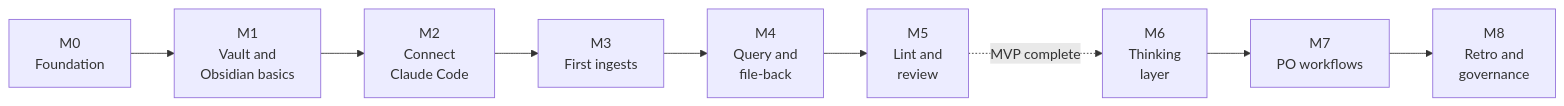
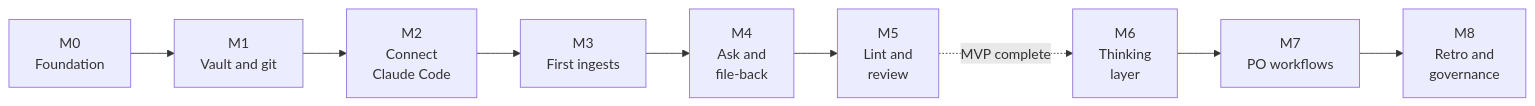
One commit to quocnguyen13/onsidian-claude changed the diagram in 06 Roadmap.md. Above: the diagram before and after it, drawn with Mermaid. The commit also changed other lines of this file and 6 other files, not shown here.

````diff
--- a/06 Roadmap.md
+++ b/06 Roadmap.md
@@ -17,11 +17,11 @@
 ```mermaid
 flowchart LR
-    M0[M0<br/>Foundation] --> M1[M1<br/>Vault and<br/>Obsidian basics]
+    M0[M0<br/>Foundation] --> M1[M1<br/>Vault and git]
     M1 --> M2[M2<br/>Connect<br/>Claude Code]
     M2 --> M3[M3<br/>First ingests]
-    M3 --> M4[M4<br/>Query and<br/>file-back]
+    M3 --> M4[M4<br/>Ask and<br/>file-back]
     M4 --> M5[M5<br/>Lint and<br/>review]
     M5 -.->|MVP complete| M6[M6<br/>Thinking<br/>layer]
     M6 --> M7[M7<br/>PO workflows]
     M7 --> M8[M8<br/>Retro and<br/>governance]
 ```
````
